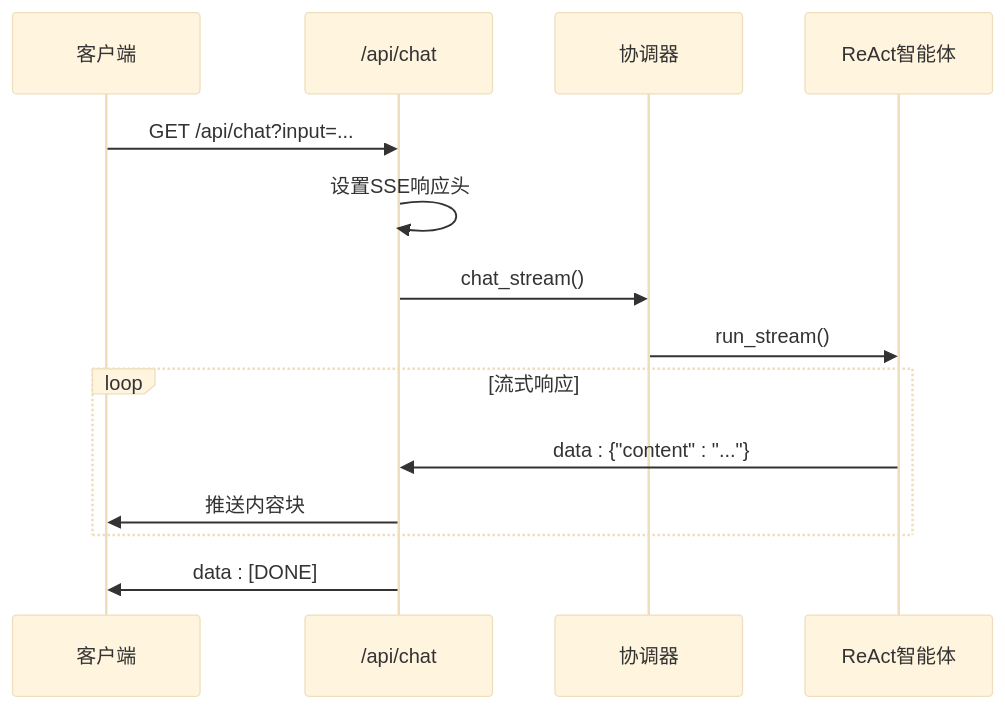
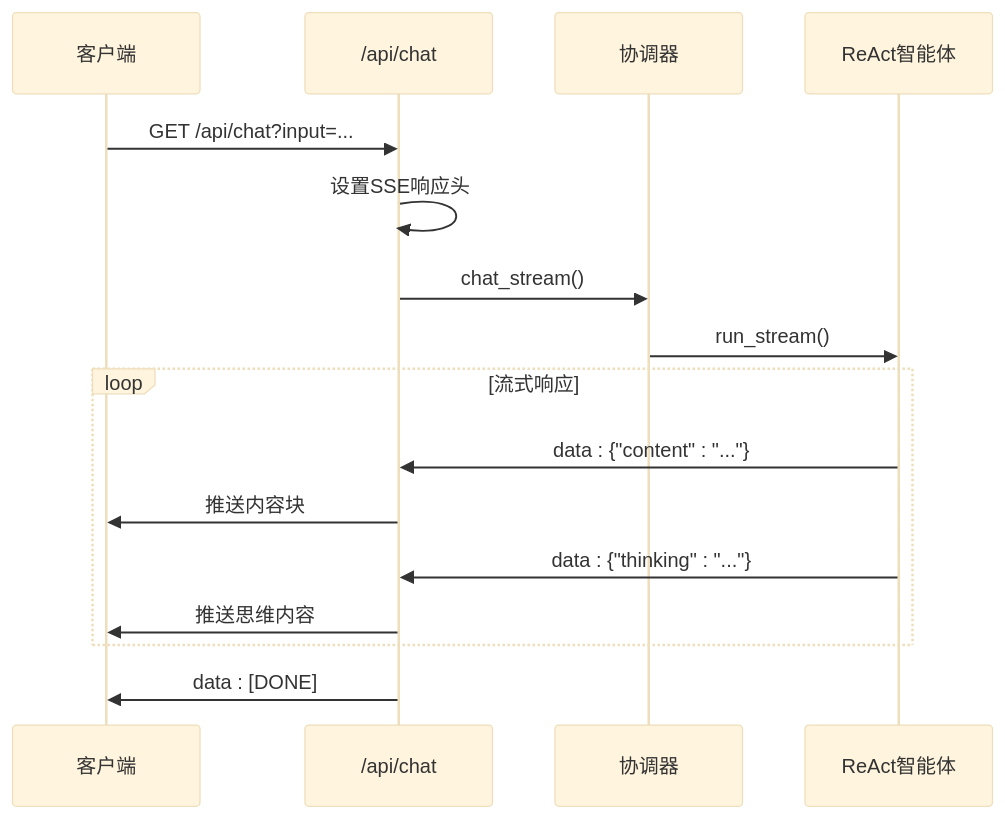
One commit to zhangdahai112/LocalManus changed the ninth of 13 diagrams in .qoder/repowiki/zh/content/智能体系统/ReAct 智能体/ReAct智能体流式增强.md. Above: the diagram before and after it, drawn with Mermaid (base theme). The commit also changed other lines of this file and 11 other files, not shown here.

````diff
--- a/.qoder/repowiki/zh/content/智能体系统/ReAct 智能体/ReAct智能体流式增强.md
+++ b/.qoder/repowiki/zh/content/智能体系统/ReAct 智能体/ReAct智能体流式增强.md
@@ -383,16 +429,18 @@
 ```mermaid
 sequenceDiagram
 participant Client as 客户端
 participant API as /api/chat
 participant Orchestrator as 协调器
 participant ReAct as ReAct智能体
 Client->>API : GET /api/chat?input=...
 API->>API : 设置SSE响应头
 API->>Orchestrator : chat_stream()
 Orchestrator->>ReAct : run_stream()
 loop 流式响应
 ReAct->>API : data : {"content" : "..."}
 API->>Client : 推送内容块
+ReAct->>API : data : {"thinking" : "..."}
+API->>Client : 推送思维内容
 end
 API->>Client : data : [DONE]
 ```
````
